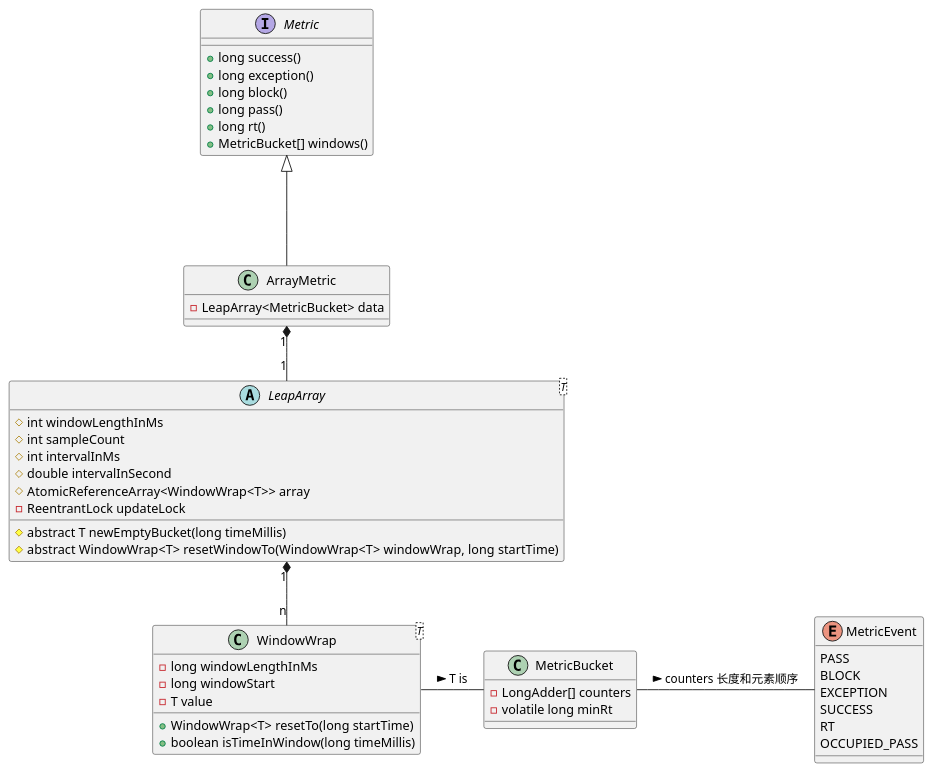
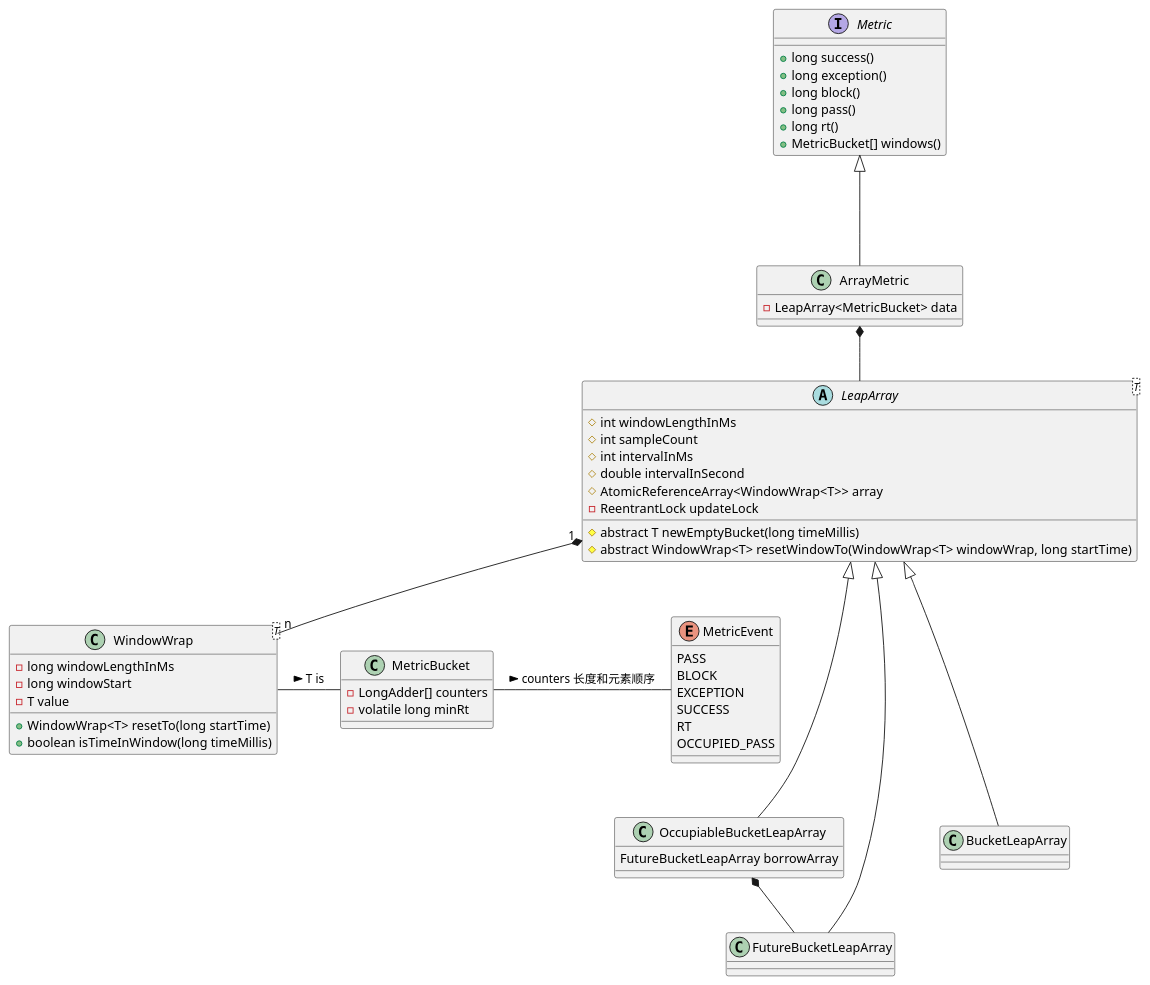
The diagram in _posts/2020-08-31-Sentinel.md (Gh0st99/Gh0st99.github.io), drawn with PlantUML before and after one commit. The commit also changed 1 other file, not shown here.

Commit message:
sentinel

````diff
--- a/_posts/2020-08-31-Sentinel.md
+++ b/_posts/2020-08-31-Sentinel.md
@@ -18,58 +18,76 @@
-```plantuml 核心类
+```plantuml 
+@startuml 核心类
 interface Metric {
     + long success()
     + long exception()
     + long block()
     + long pass()
     + long rt()
     + MetricBucket[] windows()
 }
 
 class ArrayMetric {
     - LeapArray<MetricBucket> data
 }
 
 Metric <|--- ArrayMetric
 
 abstract class LeapArray<T> {
     # int windowLengthInMs
     # int sampleCount
     # int intervalInMs
     # double intervalInSecond
     # AtomicReferenceArray<WindowWrap<T>> array
     - ReentrantLock updateLock
 
     # abstract T newEmptyBucket(long timeMillis)
     # abstract WindowWrap<T> resetWindowTo(WindowWrap<T> windowWrap, long startTime)
 }
 
-ArrayMetric "1" *-- "1" LeapArray
+ArrayMetric *-- LeapArray
+
+class OccupiableBucketLeapArray {
+    FutureBucketLeapArray borrowArray
+}
+
+class FutureBucketLeapArray {
+}
+
+class BucketLeapArray {
+}
+
+LeapArray <|--- OccupiableBucketLeapArray
+LeapArray <|--- BucketLeapArray
+LeapArray <|--- FutureBucketLeapArray
+OccupiableBucketLeapArray *-- FutureBucketLeapArray
+
 
 class WindowWrap<T> {
     - long windowLengthInMs
     - long windowStart
     - T value
     + WindowWrap<T> resetTo(long startTime)
     + boolean isTimeInWindow(long timeMillis)
 }
 
 LeapArray "1" *-- "n" WindowWrap
 
 
 class MetricBucket {
     - LongAdder[] counters
     - volatile long minRt
 }
 WindowWrap - MetricBucket: T is >
 
 enum MetricEvent {
     PASS
     BLOCK
     EXCEPTION
     SUCCESS
     RT
     OCCUPIED_PASS
 }
 
 MetricBucket - MetricEvent: counters 长度和元素顺序 >
+@enduml
 ```
````
